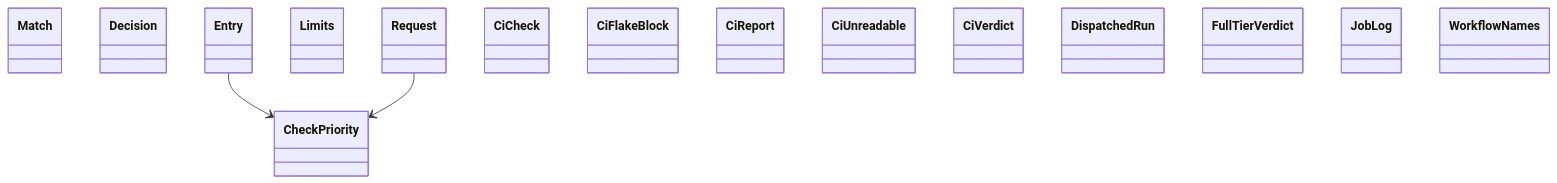
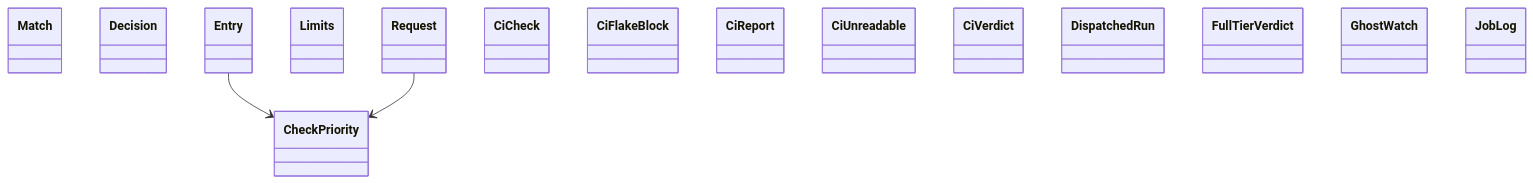
The diagram in docs/architecture/generated/classes-process-domain-checks-1.md (GonzaloZevallos/agentic-system), drawn with Mermaid before and after one commit. The commit also changed 4 other files, not shown here.

````diff
--- a/docs/architecture/generated/classes-process-domain-checks-1.md
+++ b/docs/architecture/generated/classes-process-domain-checks-1.md
@@ -25,20 +25,20 @@
 ```mermaid
 classDiagram
     class check_runs__Match["Match"]
     class check_schedule__CheckPriority["CheckPriority"]
     class check_schedule__Decision["Decision"]
     class check_schedule__Entry["Entry"]
     class check_schedule__Limits["Limits"]
     class check_schedule__Request["Request"]
     class ci__CiCheck["CiCheck"]
     class ci__CiFlakeBlock["CiFlakeBlock"]
     class ci__CiReport["CiReport"]
     class ci__CiUnreadable["CiUnreadable"]
     class ci__CiVerdict["CiVerdict"]
     class ci__DispatchedRun["DispatchedRun"]
     class ci__FullTierVerdict["FullTierVerdict"]
+    class ci__GhostWatch["GhostWatch"]
     class ci__JobLog["JobLog"]
-    class ci_workflow__WorkflowNames["WorkflowNames"]
     check_schedule__Entry --> check_schedule__CheckPriority
     check_schedule__Request --> check_schedule__CheckPriority
 ```
````
